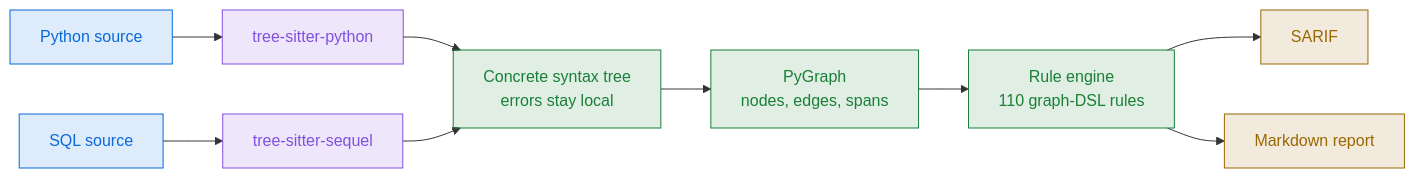
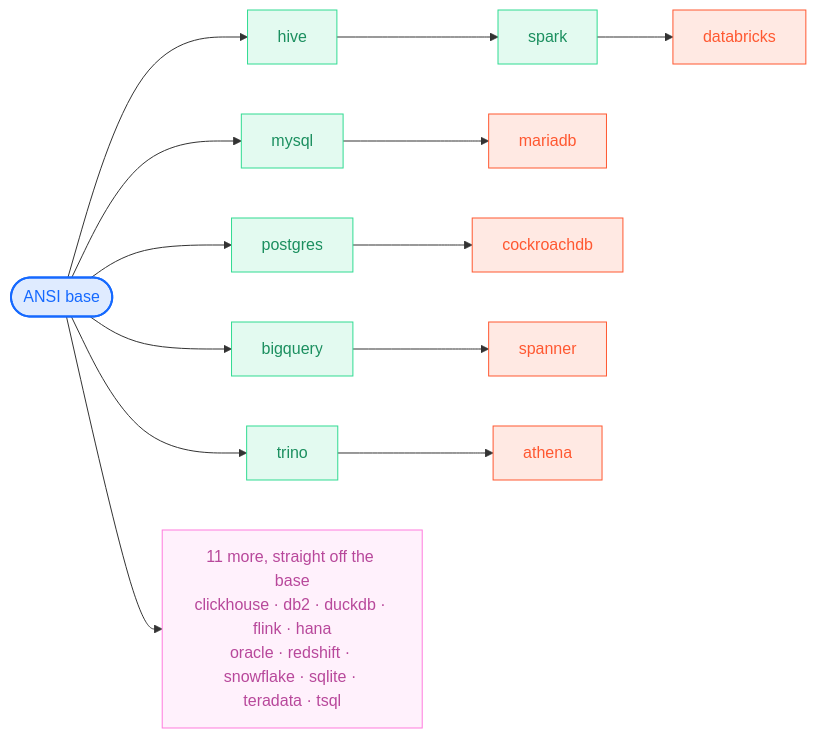
Before and after one commit to RelativelyUnknown/RelativelyUnknown: the diagram in README.md, drawn with Mermaid. The commit also changed other lines of this file and 18 other files, not shown here.

````diff
--- a/README.md
+++ b/README.md
@@ -13,18 +15,27 @@
 ```mermaid
 flowchart LR
-  PY["Python source"]:::src
-  SQL["SQL source"]:::src
-  PY --> TSP["tree-sitter-python"]:::parse
-  SQL --> TSS["tree-sitter-sequel"]:::parse
-  TSP --> CST["Concrete syntax tree<br/>errors stay local"]:::core
-  TSS --> CST
-  CST --> GRAPH["PyGraph<br/>nodes, edges, spans"]:::core
-  GRAPH --> RULES["Rule engine<br/>110 graph-DSL rules"]:::core
-  RULES --> SARIF["SARIF"]:::out
-  RULES --> MD["Markdown report"]:::out
+  ANSI(["ANSI base"]):::base
 
-  classDef src fill:#0969da22,stroke:#0969da,color:#0969da
-  classDef parse fill:#8250df22,stroke:#8250df,color:#8250df
-  classDef core fill:#1a7f3722,stroke:#1a7f37,color:#1a7f37
-  classDef out fill:#9a670022,stroke:#9a6700,color:#9a6700
+  ANSI --> HIVE["hive"]:::mid
+  HIVE --> SPARK["spark"]:::mid
+  SPARK --> DBX["databricks"]:::leaf
+
+  ANSI --> MYSQL["mysql"]:::mid
+  MYSQL --> MARIA["mariadb"]:::leaf
+
+  ANSI --> PG["postgres"]:::mid
+  PG --> CRDB["cockroachdb"]:::leaf
+
+  ANSI --> BQ["bigquery"]:::mid
+  BQ --> SPAN["spanner"]:::leaf
+
+  ANSI --> TRINO["trino"]:::mid
+  TRINO --> ATHENA["athena"]:::leaf
+
+  ANSI --> REST["11 more, straight off the base<br/>clickhouse · db2 · duckdb · flink · hana<br/>oracle · redshift · snowflake · sqlite · teradata · tsql"]:::rest
+
+  classDef base fill:#1569FF22,stroke:#1569FF,stroke-width:2px,color:#1569FF
+  classDef mid fill:#31DB9222,stroke:#31DB92,color:#1B8F5F
+  classDef leaf fill:#FF583122,stroke:#FF5831,color:#FF5831
+  classDef rest fill:#FF7BDD1A,stroke:#FF7BDD,color:#B8489B
 ```
````
